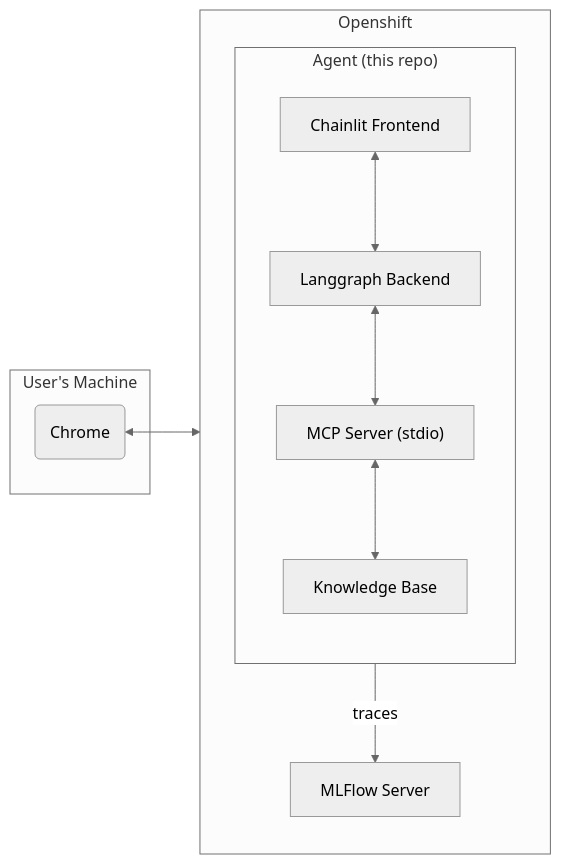
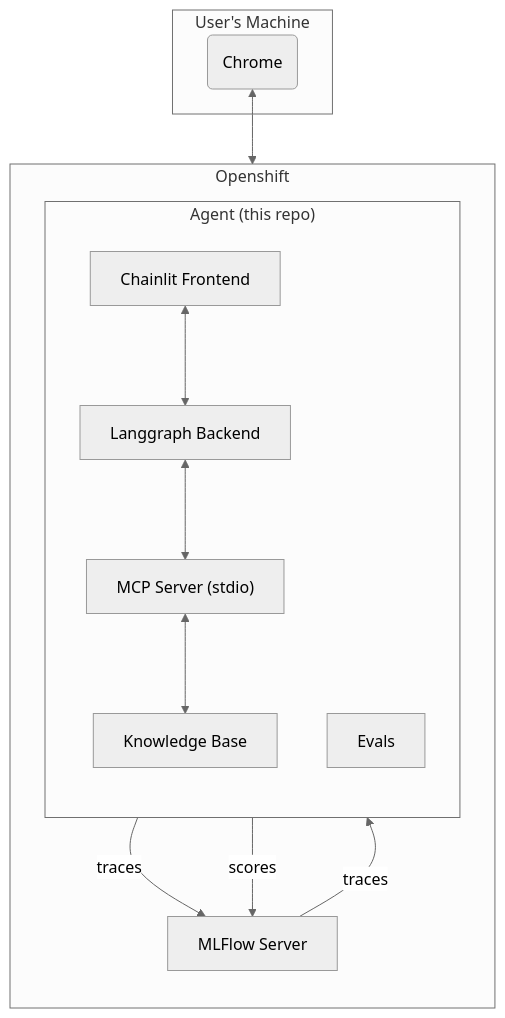
One commit to etirelli/demo_mlflow_agent_tracing changed the diagram in README.md. Above: the diagram before and after it, drawn with Mermaid (neutral theme). The commit also changed other lines of this file, not shown here.

````diff
--- a/README.md
+++ b/README.md
@@ -17,23 +17,25 @@
 ```mermaid
-graph LR
-    
+graph TD
     subgraph Openshift
         direction TB
         A[MLFlow Server]
         subgraph E ["Agent (this repo)"]
             direction TB
             C[Chainlit Frontend]
             B[Langgraph Backend]
             F["MCP Server (stdio)"]
             G[Knowledge Base]
             C <--> B
             B <--> F
             F <--> G
+            H[Evals]
         end
         B -- traces --> A
+        A -- traces --> H
+        H -- scores --> A
     end
     subgraph User's Machine
         D(Chrome) <--> C
     end
     
 ```
````
